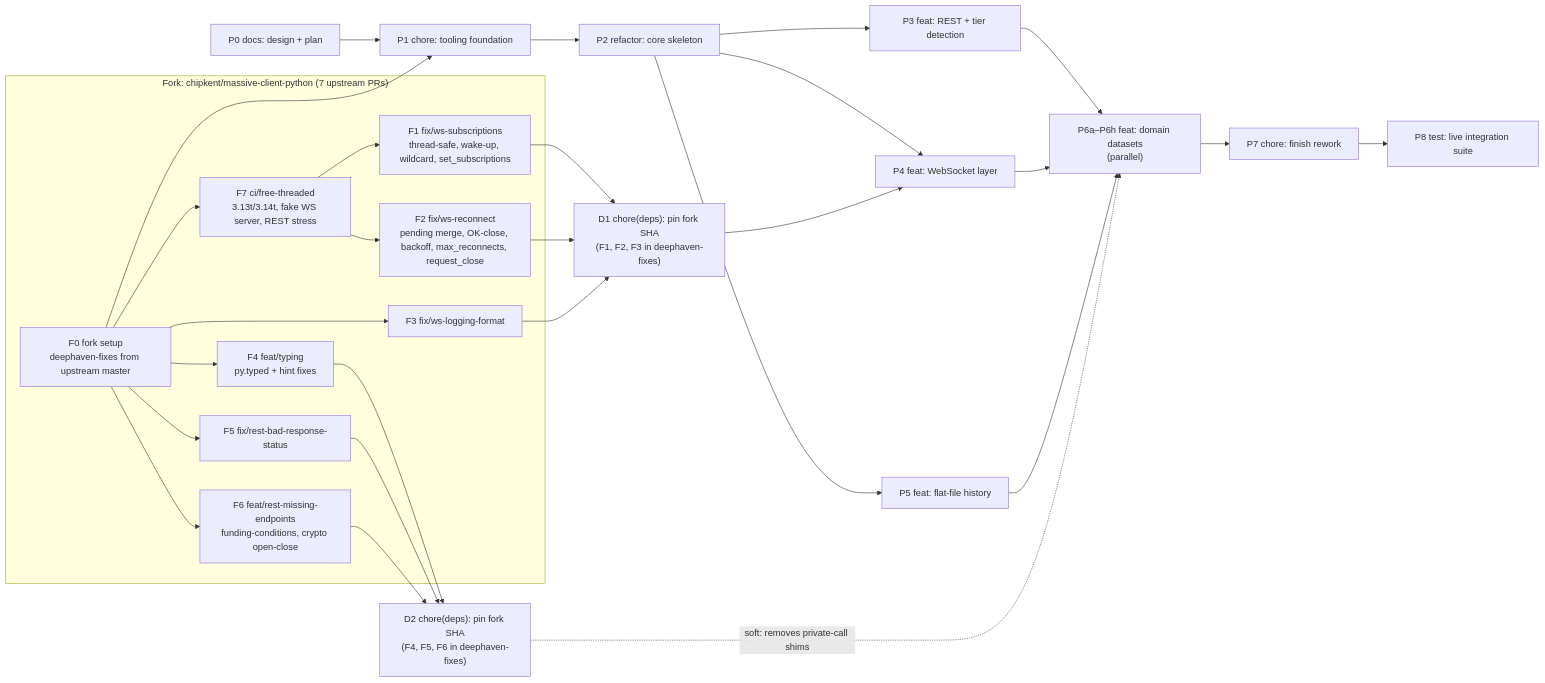
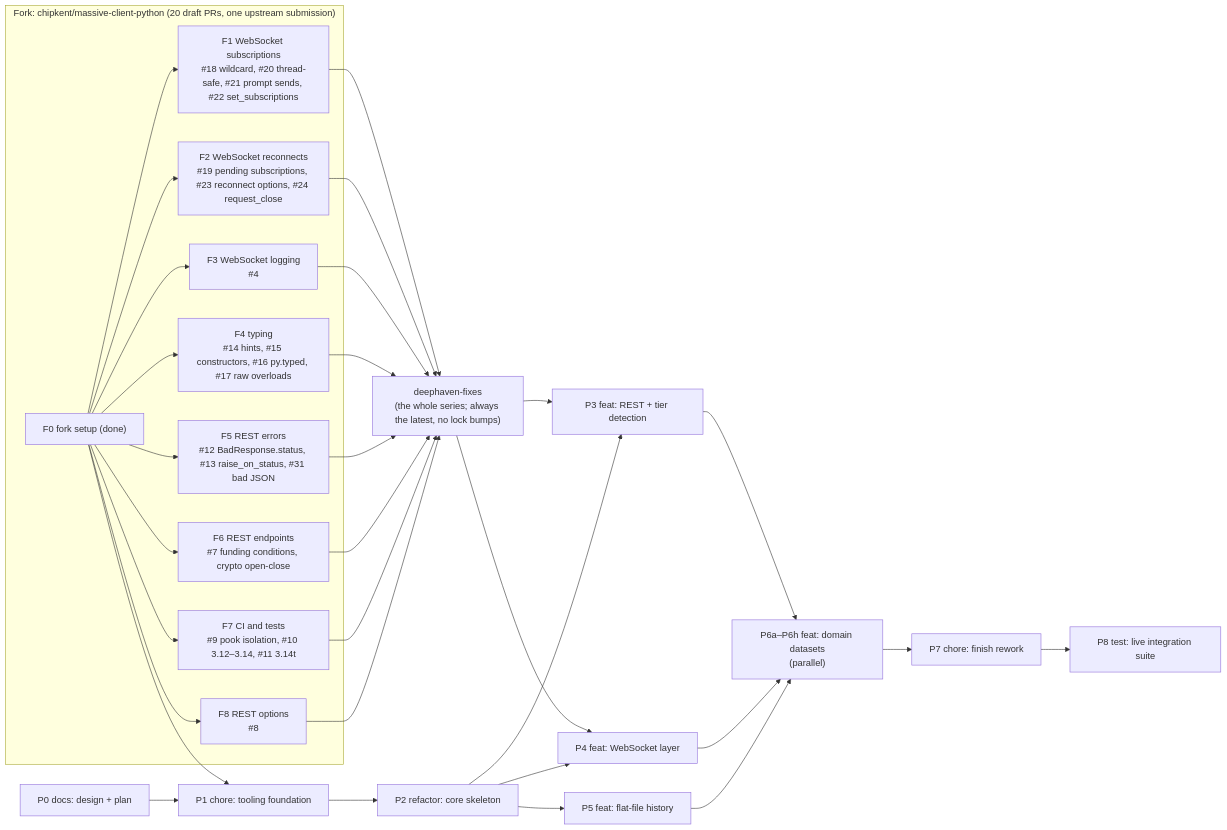
One commit to chipkent/deephaven-massive changed the diagram in plans/rework/PLAN.md. Above: the diagram before and after it, drawn with Mermaid. The commit also changed other lines of this file and 9 other files, not shown here.

First line of the commit message:
chore: stop committing uv.lock and document the fork series (#48)

````diff
--- a/plans/rework/PLAN.md
+++ b/plans/rework/PLAN.md
@@ -59,33 +59,29 @@
 ```mermaid
 flowchart LR
-    subgraph fork["Fork: chipkent/massive-client-python (7 upstream PRs)"]
-        F0["F0 fork setup<br/>deephaven-fixes from upstream master"]
-        F7["F7 ci/free-threaded<br/>3.13t/3.14t, fake WS server, REST stress"]
-        F1["F1 fix/ws-subscriptions<br/>thread-safe, wake-up, wildcard, set_subscriptions"]
-        F2["F2 fix/ws-reconnect<br/>pending merge, OK-close, backoff, max_reconnects, request_close"]
-        F3["F3 fix/ws-logging-format"]
-        F4["F4 feat/typing<br/>py.typed + hint fixes"]
-        F5["F5 fix/rest-bad-response-status"]
-        F6["F6 feat/rest-missing-endpoints<br/>funding-conditions, crypto open-close"]
-        F0 --> F7
-        F7 --> F1 & F2
-        F0 --> F3 & F4 & F5 & F6
+    subgraph fork["Fork: chipkent/massive-client-python (20 draft PRs, one upstream submission)"]
+        F0["F0 fork setup (done)"]
+        F1["F1 WebSocket subscriptions<br/>#18 wildcard, #20 thread-safe, #21 prompt sends, #22 set_subscriptions"]
+        F2["F2 WebSocket reconnects<br/>#19 pending subscriptions, #23 reconnect options, #24 request_close"]
+        F3["F3 WebSocket logging<br/>#4"]
+        F4["F4 typing<br/>#14 hints, #15 constructors, #16 py.typed, #17 raw overloads"]
+        F5["F5 REST errors<br/>#12 BadResponse.status, #13 raise_on_status, #31 bad JSON"]
+        F6["F6 REST endpoints<br/>#7 funding conditions, crypto open-close"]
+        F7["F7 CI and tests<br/>#9 pook isolation, #10 3.12–3.14, #11 3.14t"]
+        F8["F8 REST options<br/>#8"]
+        F0 --> F1 & F2 & F3 & F4 & F5 & F6 & F7 & F8
     end
 
-    D1["D1 chore(deps): pin fork SHA<br/>(F1, F2, F3 in deephaven-fixes)"]
-    D2["D2 chore(deps): pin fork SHA<br/>(F4, F5, F6 in deephaven-fixes)"]
-    F1 & F2 & F3 --> D1
-    F4 & F5 & F6 --> D2
+    DF["deephaven-fixes<br/>(the whole series; always the latest, no lock bumps)"]
+    F1 & F2 & F3 & F4 & F5 & F6 & F7 & F8 --> DF
 
     P0["P0 docs: design + plan"] --> P1["P1 chore: tooling foundation"]
     F0 --> P1
     P1 --> P2["P2 refactor: core skeleton"]
     P2 --> P3["P3 feat: REST + tier detection"]
     P2 --> P4["P4 feat: WebSocket layer"]
     P2 --> P5["P5 feat: flat-file history"]
-    D1 --> P4
+    DF --> P3 & P4
     P3 & P4 & P5 --> P6["P6a–P6h feat: domain datasets<br/>(parallel)"]
-    D2 -. "soft: removes private-call shims" .-> P6
     P6 --> P7["P7 chore: finish rework"]
     P7 --> P8["P8 test: live integration suite"]
 ```
````
